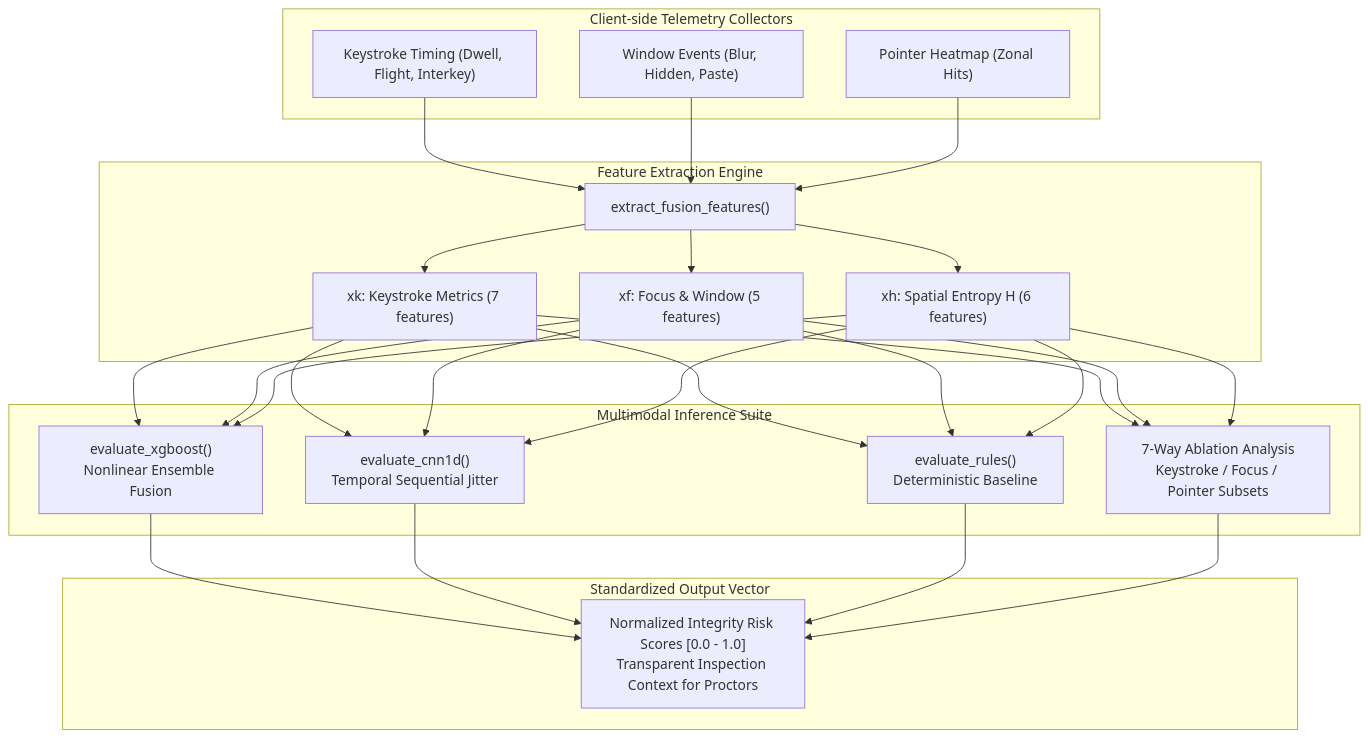
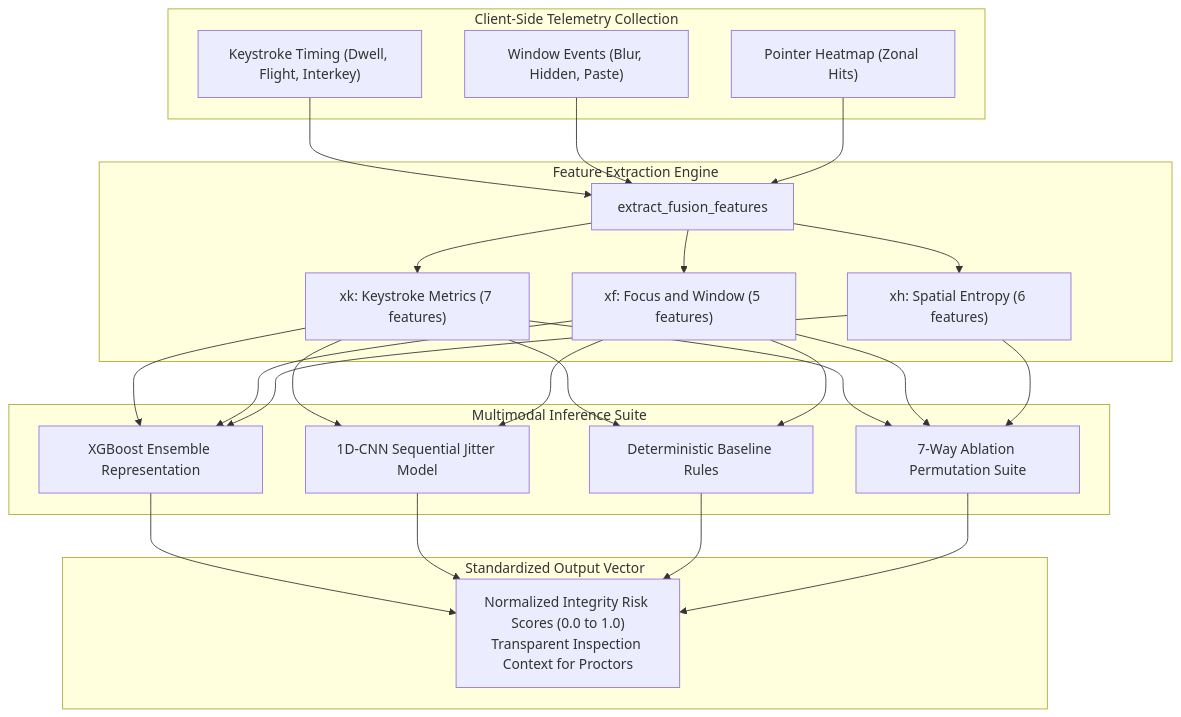
One commit to firdausmntp/proctor_telemetry changed the diagram in README.md. Above: the diagram before and after it, drawn with Mermaid. The commit also changed other lines of this file and 3 other files, not shown here.

Commit message:
docs: fix mermaid flowchart syntax, add Indonesian README, sanitize logo SVG, update citation name

````diff
--- a/README.md
+++ b/README.md
@@ -47,31 +51,47 @@
 ```mermaid
 flowchart TD
-    subgraph Client ["Client-side Telemetry Collectors"]
+    subgraph Client ["Client-Side Telemetry Collection"]
         A1["Keystroke Timing (Dwell, Flight, Interkey)"]
         A2["Window Events (Blur, Hidden, Paste)"]
         A3["Pointer Heatmap (Zonal Hits)"]
     end
 
     subgraph Extraction ["Feature Extraction Engine"]
-        B["extract_fusion_features()"]
+        B["extract_fusion_features"]
         C1["xk: Keystroke Metrics (7 features)"]
-        C2["xf: Focus & Window (5 features)"]
-        C3["xh: Spatial Entropy H (6 features)"]
+        C2["xf: Focus and Window (5 features)"]
+        C3["xh: Spatial Entropy (6 features)"]
     end
 
     subgraph Models ["Multimodal Inference Suite"]
-        D1["evaluate_xgboost()\nNonlinear Ensemble Fusion"]
-        D2["evaluate_cnn1d()\nTemporal Sequential Jitter"]
-        D3["evaluate_rules()\nDeterministic Baseline"]
-        D4["7-Way Ablation Analysis\nKeystroke / Focus / Pointer Subsets"]
+        D1["XGBoost Ensemble Representation"]
+        D2["1D-CNN Sequential Jitter Model"]
+        D3["Deterministic Baseline Rules"]
+        D4["7-Way Ablation Permutation Suite"]
     end
 
     subgraph Output ["Standardized Output Vector"]
-        E["Normalized Integrity Risk Scores [0.0 - 1.0]\nTransparent Inspection Context for Proctors"]
+        E["Normalized Integrity Risk Scores (0.0 to 1.0)<br/>Transparent Inspection Context for Proctors"]
     end
 
-    A1 & A2 & A3 --> B
-    B --> C1 & C2 & C3
-    C1 & C2 & C3 --> D1 & D2 & D3 & D4
-    D1 & D2 & D3 & D4 --> E
+    A1 --> B
+    A2 --> B
+    A3 --> B
+    B --> C1
+    B --> C2
+    B --> C3
+    C1 --> D1
+    C2 --> D1
+    C3 --> D1
+    C1 --> D2
+    C2 --> D2
+    C1 --> D3
+    C2 --> D3
+    C1 --> D4
+    C2 --> D4
+    C3 --> D4
+    D1 --> E
+    D2 --> E
+    D3 --> E
+    D4 --> E
 ```
````
